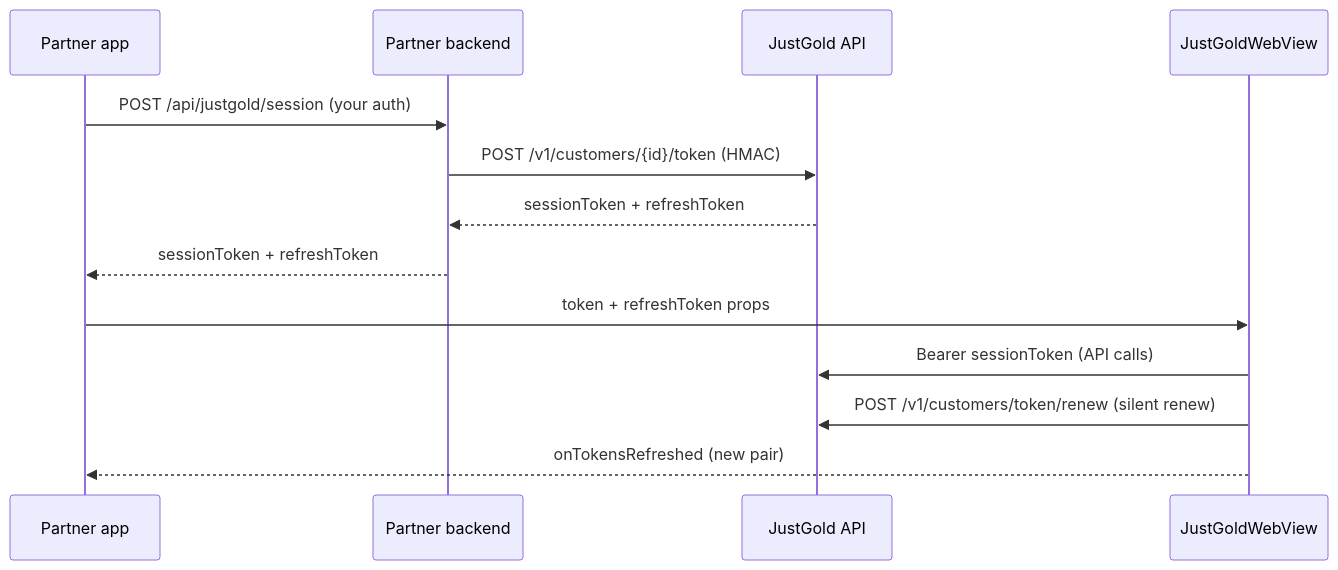
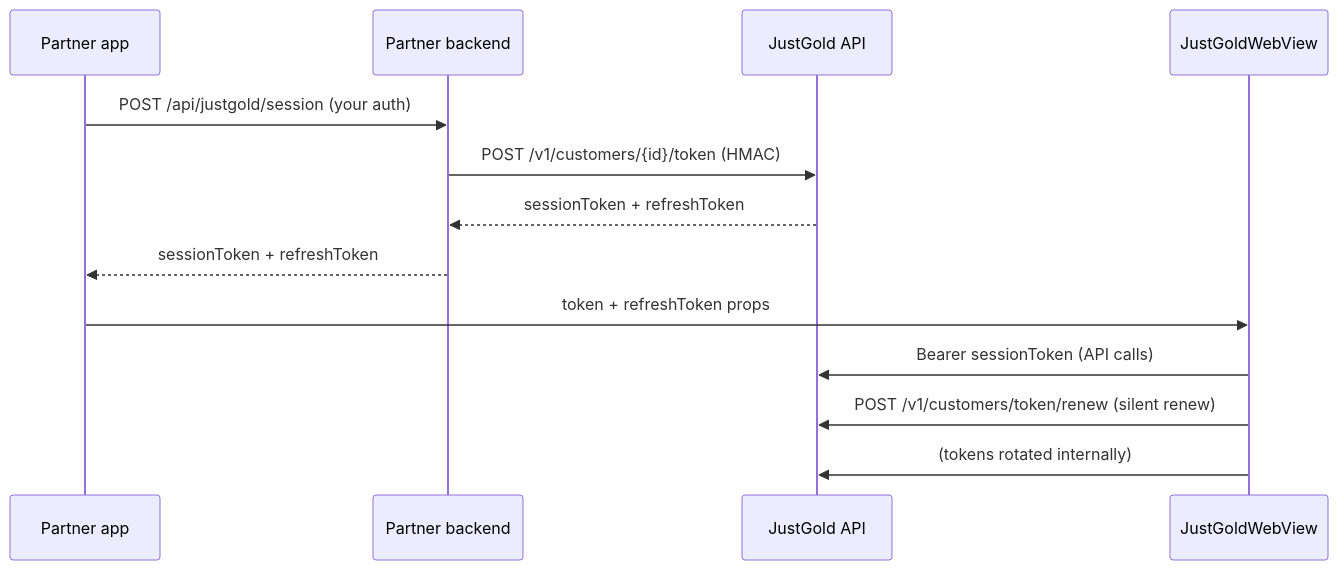
Before and after one commit to Just-Gold-JG/docs: the diagram in sdk/session-token.md, drawn with Mermaid. The commit also changed other lines of this file and 3 other files, not shown here.

````diff
--- a/sdk/session-token.md
+++ b/sdk/session-token.md
@@ -11,16 +11,16 @@
 ```mermaid
 sequenceDiagram
     participant App as Partner app
     participant Backend as Partner backend
     participant JG as JustGold API
     participant SDK as JustGoldWebView
 
     App->>Backend: POST /api/justgold/session (your auth)
     Backend->>JG: POST /v1/customers/{id}/token (HMAC)
     JG-->>Backend: sessionToken + refreshToken
     Backend-->>App: sessionToken + refreshToken
     App->>SDK: token + refreshToken props
     SDK->>JG: Bearer sessionToken (API calls)
     SDK->>JG: POST /v1/customers/token/renew (silent renew)
-    SDK-->>App: onTokensRefreshed (new pair)
+    SDK->>JG: (tokens rotated internally)
 ```
````
